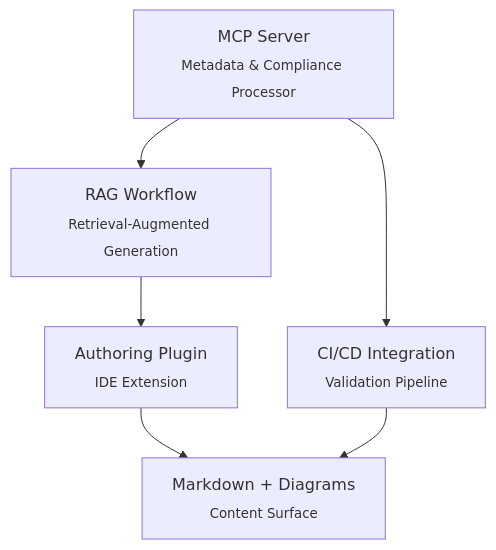
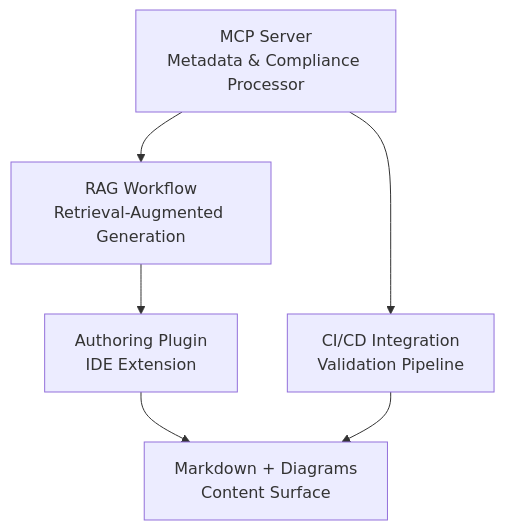
Before and after one commit to cassmastern/lers-sandbox: the first of 2 diagrams in docs/sec_freeform/ai-accessibility.md, drawn with Mermaid. The commit also changed other lines of this file and 4 other files, not shown here.

Commit message:
'graph' instead of 'flowchart' renders better in dark mode (temporary solution)

````diff
--- a/docs/sec_freeform/ai-accessibility.md
+++ b/docs/sec_freeform/ai-accessibility.md
@@ -40,8 +36,13 @@
 ```mermaid
 graph TD
-    A[MCP Server<br><sub>Metadata & Compliance Processor</sub>] --> B[RAG Workflow<br><sub>Retrieval-Augmented Generation</sub>]
-    B --> C[Authoring Plugin<br><sub>IDE Extension</sub>]
-    A --> D[CI/CD Integration<br><sub>Validation Pipeline</sub>]
-    C --> E[Markdown + Diagrams<br><sub>Content Surface</sub>]
+    A["MCP Server
+Metadata & Compliance Processor"] --> B["RAG Workflow
+Retrieval-Augmented Generation"]
+    B --> C["Authoring Plugin
+IDE Extension"]
+    A --> D["CI/CD Integration
+Validation Pipeline"]
+    C --> E["Markdown + Diagrams
+Content Surface"]
     D --> E
 ```
````
